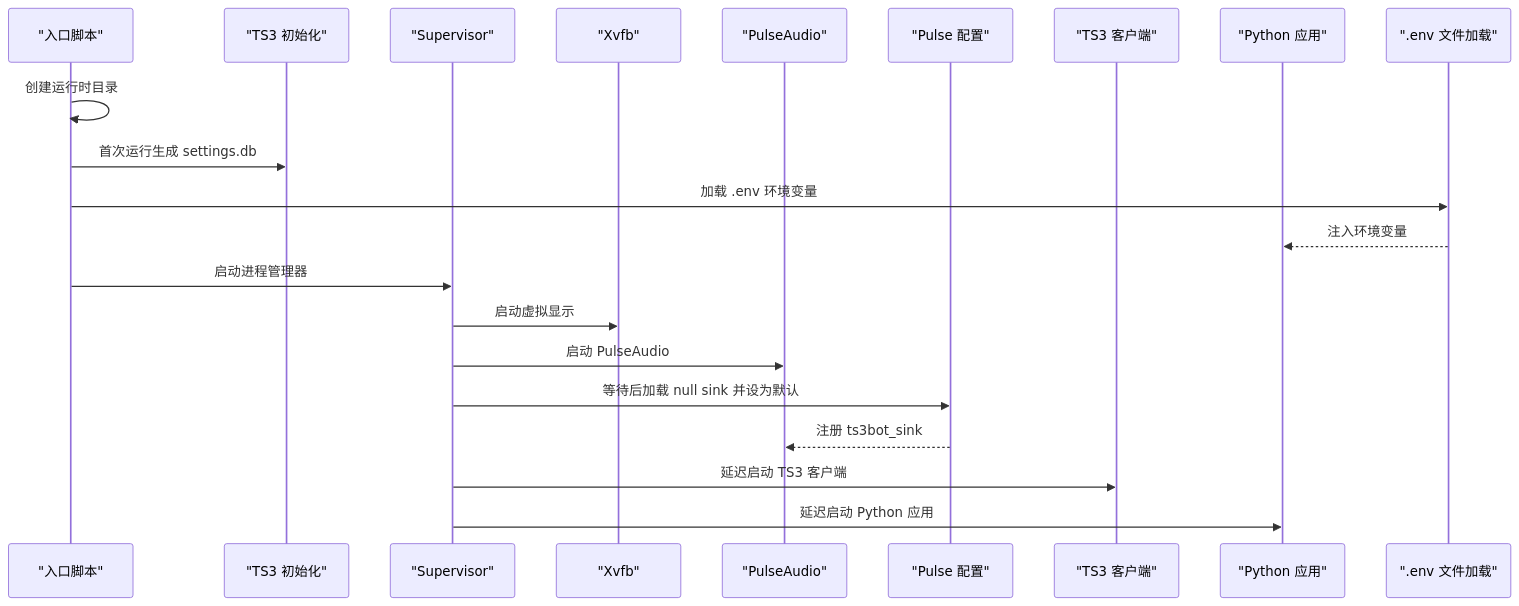
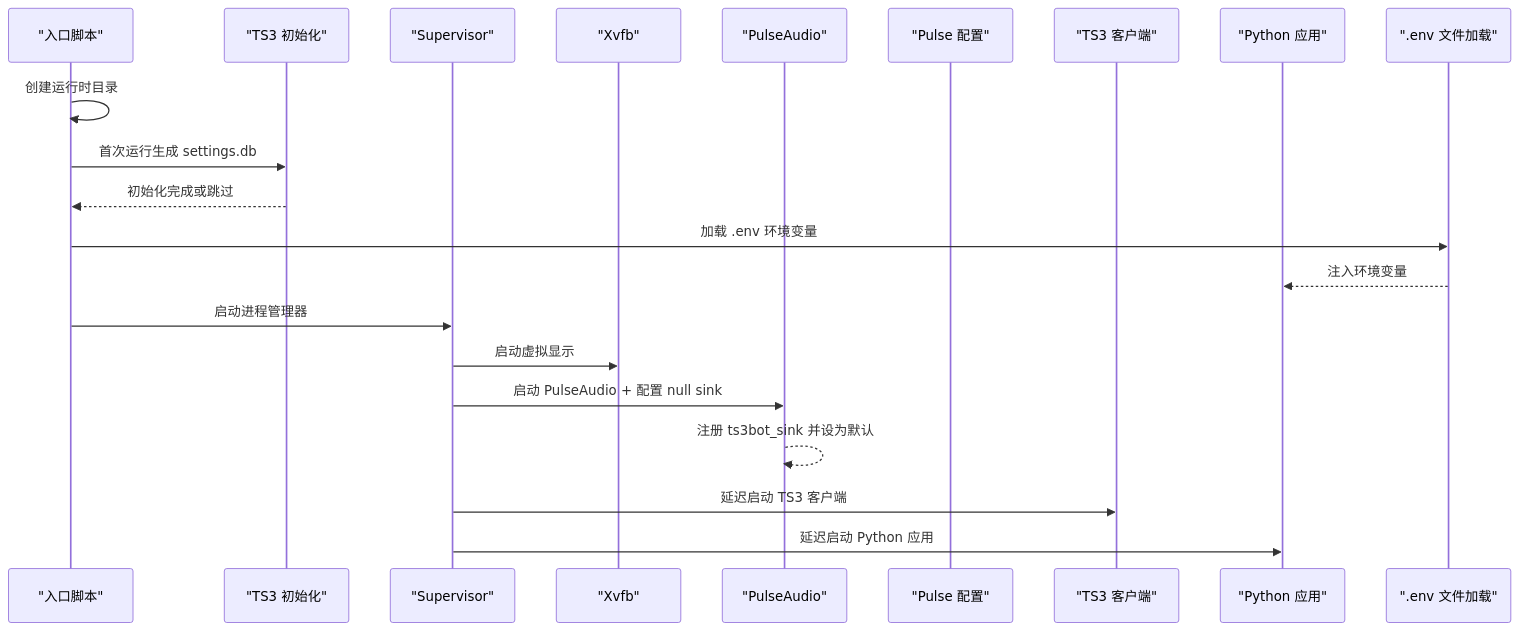
The second of 7 diagrams in .qoder/repowiki/zh/content/部署和运维/环境配置.md (GhoulOwl/Teamspeak3_Bot), drawn with Mermaid before and after one commit. The commit also changed other lines of this file and 6 other files, not shown here.

````diff
--- a/.qoder/repowiki/zh/content/部署和运维/环境配置.md
+++ b/.qoder/repowiki/zh/content/部署和运维/环境配置.md
@@ -113,23 +113,23 @@
 ```mermaid
 sequenceDiagram
 participant Entrypoint as "入口脚本"
 participant Init as "TS3 初始化"
 participant Supervisord as "Supervisor"
 participant Xvfb as "Xvfb"
 participant Pulse as "PulseAudio"
 participant Setup as "Pulse 配置"
 participant TS3 as "TS3 客户端"
 participant Bot as "Python 应用"
 participant DotEnv as ".env 文件加载"
 Entrypoint->>Entrypoint : 创建运行时目录
 Entrypoint->>Init : 首次运行生成 settings.db
+Init-->>Entrypoint : 初始化完成或跳过
 Entrypoint->>DotEnv : 加载 .env 环境变量
 DotEnv-->>Bot : 注入环境变量
 Entrypoint->>Supervisord : 启动进程管理器
 Supervisord->>Xvfb : 启动虚拟显示
-Supervisord->>Pulse : 启动 PulseAudio
-Supervisord->>Setup : 等待后加载 null sink 并设为默认
-Setup-->>Pulse : 注册 ts3bot_sink
+Supervisord->>Pulse : 启动 PulseAudio + 配置 null sink
+Pulse-->>Pulse : 注册 ts3bot_sink 并设为默认
 Supervisord->>TS3 : 延迟启动 TS3 客户端
 Supervisord->>Bot : 延迟启动 Python 应用
 ```
````
